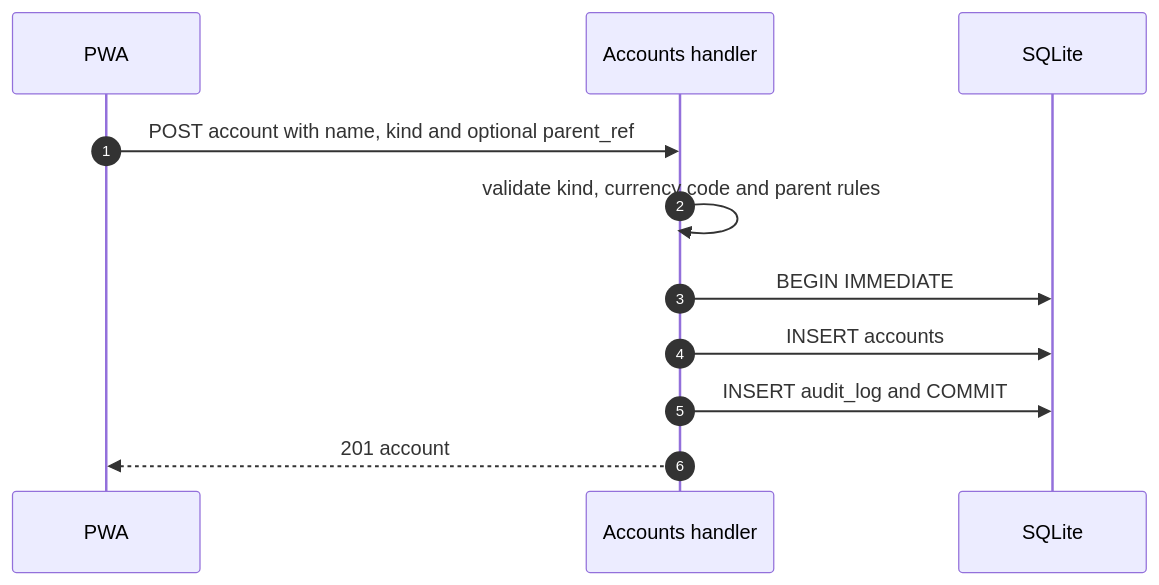
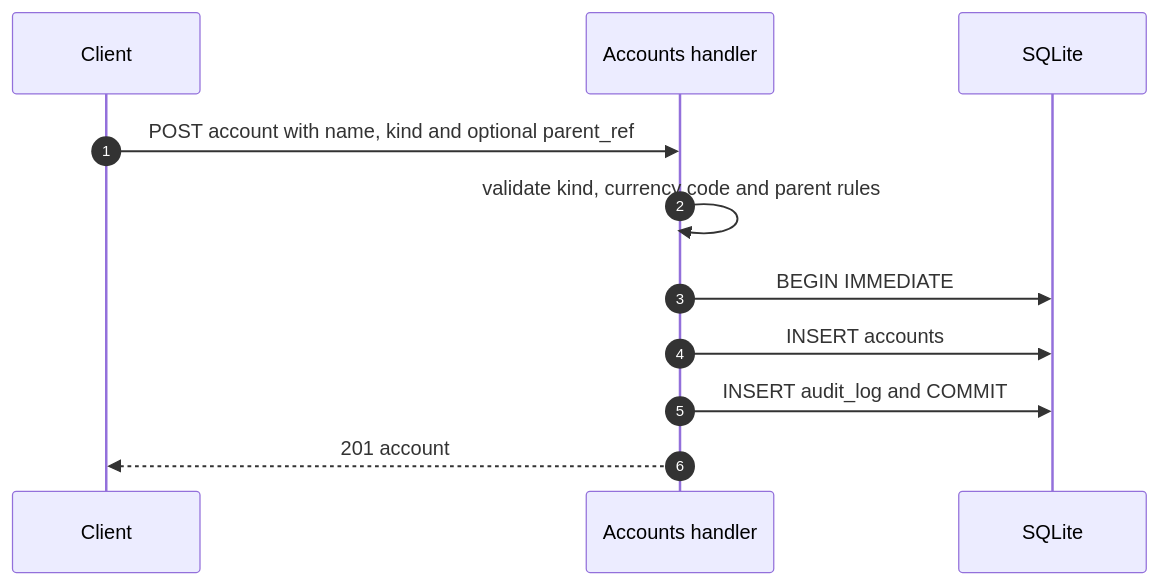
Before and after one commit to dimasbaguspm/spenicle: the fourth of 20 diagrams in docs/v2-api.md, drawn with Mermaid. The commit also changed other lines of this file and 44 other files, not shown here.

````diff
--- a/docs/v2-api.md
+++ b/docs/v2-api.md
@@ -551,13 +594,13 @@
 ```mermaid
 sequenceDiagram
     autonumber
-    participant UI as PWA
+    participant UI as Client
     participant API as Accounts handler
     participant DB as SQLite
     UI->>API: POST account with name, kind and optional parent_ref
     API->>API: validate kind, currency code and parent rules
     API->>DB: BEGIN IMMEDIATE
     API->>DB: INSERT accounts
     API->>DB: INSERT audit_log and COMMIT
     API-->>UI: 201 account
 ```
````
